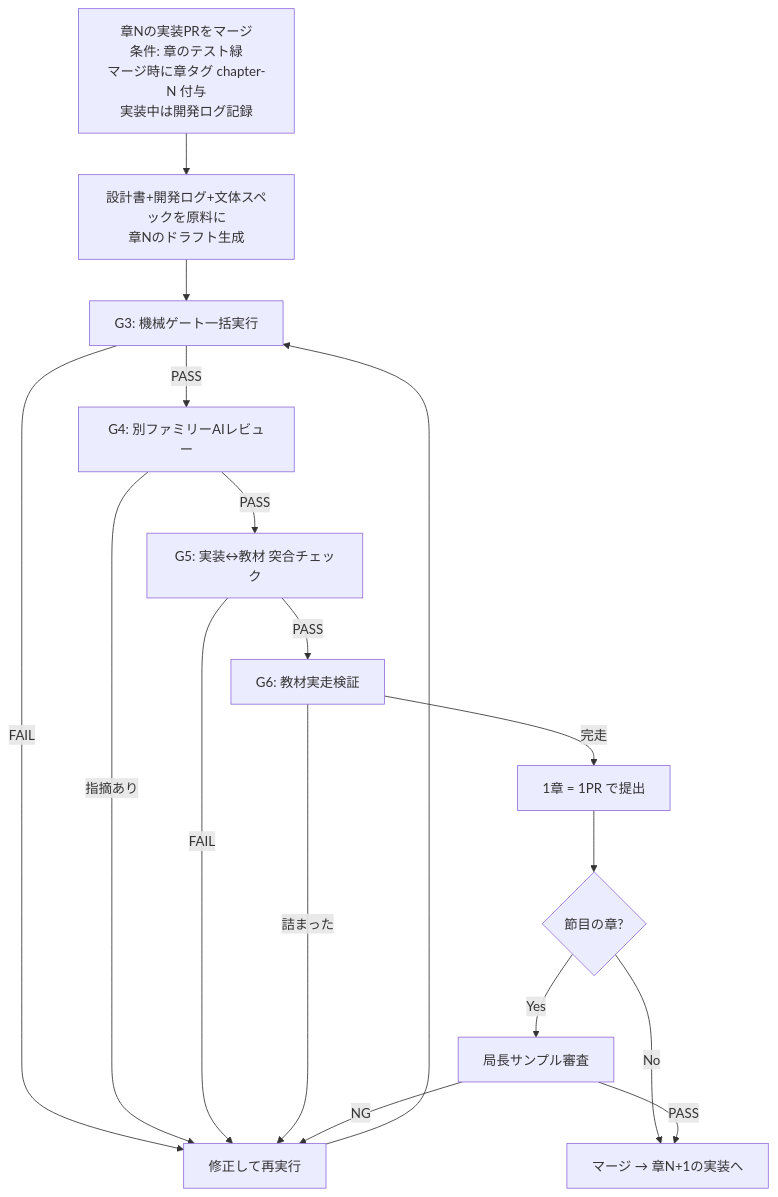
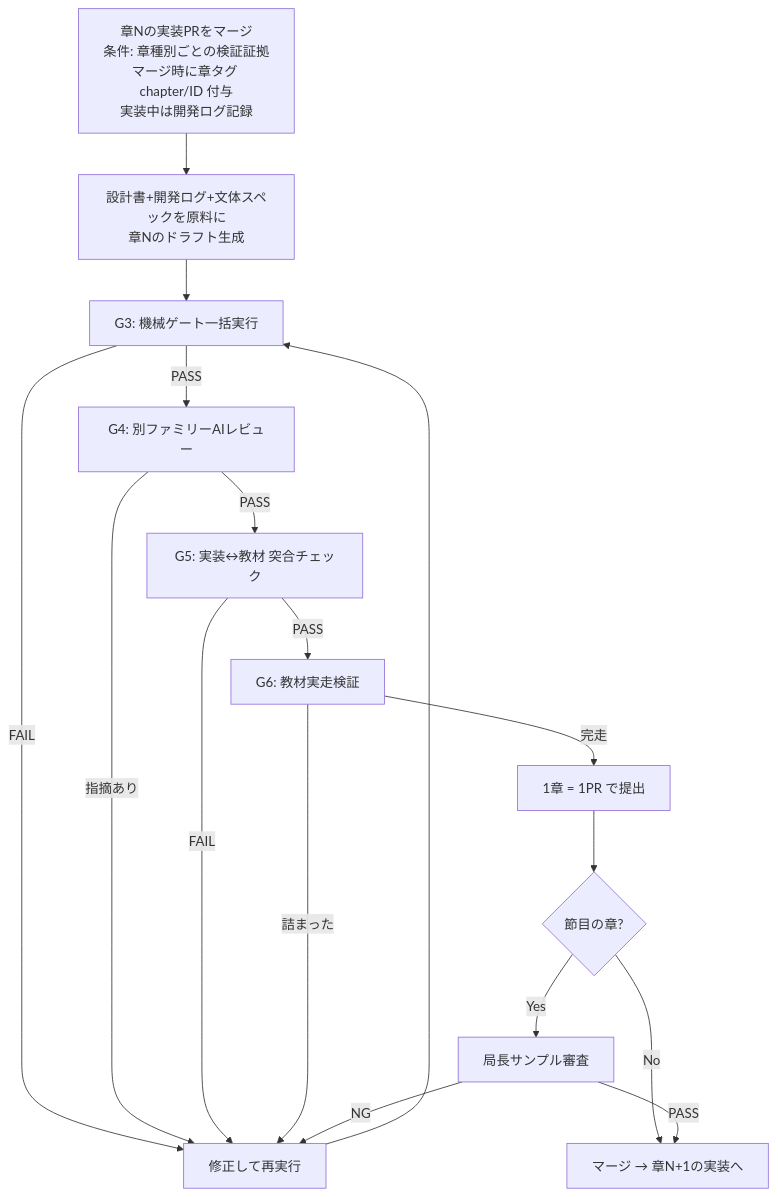
Before and after one commit to kouiso/sns-app: the diagram in material/10_教材制作フロー.md, drawn with Mermaid. The commit also changed other lines of this file and 9 other files, not shown here.

````diff
--- a/material/10_教材制作フロー.md
+++ b/material/10_教材制作フロー.md
@@ -100,18 +109,18 @@
 ```mermaid
 flowchart TD
-  Z[章Nの実装PRをマージ<br>条件: 章のテスト緑<br>マージ時に章タグ chapter-N 付与<br>実装中は開発ログ記録] --> A[設計書+開発ログ+文体スペックを原料に<br>章Nのドラフト生成]
+  Z[章Nの実装PRをマージ<br>条件: 章種別ごとの検証証拠<br>マージ時に章タグ chapter/ID 付与<br>実装中は開発ログ記録] --> A[設計書+開発ログ+文体スペックを原料に<br>章Nのドラフト生成]
   A --> B[G3: 機械ゲート一括実行]
   B -->|FAIL| A2[修正して再実行] --> B
   B -->|PASS| C[G4: 別ファミリーAIレビュー]
   C -->|指摘あり| A2
   C -->|PASS| D[G5: 実装↔教材 突合チェック]
   D -->|FAIL| A2
   D -->|PASS| D2[G6: 教材実走検証]
   D2 -->|詰まった| A2
   D2 -->|完走| E[1章 = 1PR で提出]
   E --> F{節目の章?}
   F -->|Yes| G[局長サンプル審査]
   F -->|No| H[マージ → 章N+1の実装へ]
   G -->|PASS| H
   G -->|NG| A2
 ```
````
